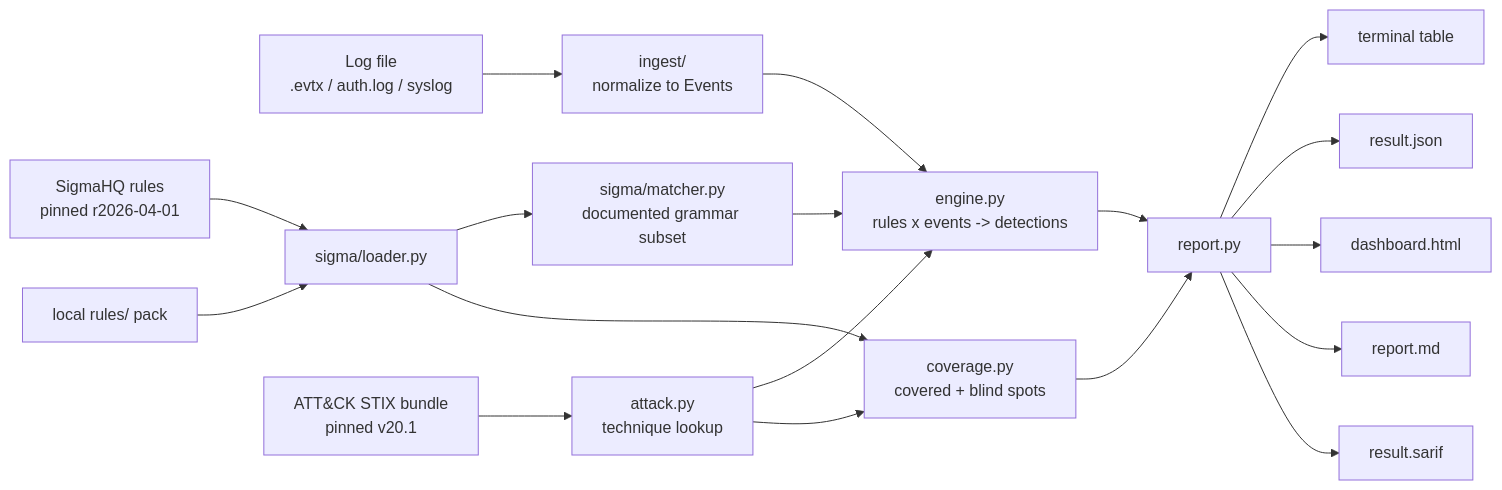
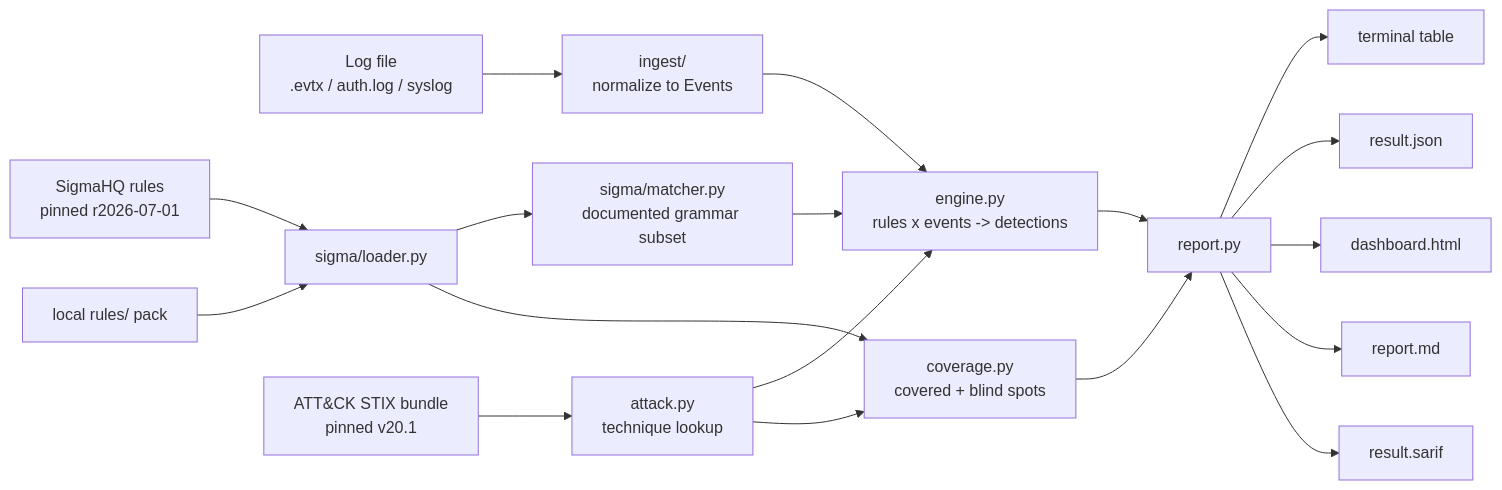
One commit to mthompsen/bastion changed the diagram in README.md. Above: the diagram before and after it, drawn with Mermaid. The commit also changed other lines of this file and 4 other files, not shown here.

````diff
--- a/README.md
+++ b/README.md
@@ -47,20 +47,20 @@
 ```mermaid
 flowchart LR
     LOG[Log file<br/>.evtx / auth.log / syslog] --> ING[ingest/<br/>normalize to Events]
-    SR[SigmaHQ rules<br/>pinned r2026-04-01] --> LD[sigma/loader.py]
+    SR[SigmaHQ rules<br/>pinned r2026-07-01] --> LD[sigma/loader.py]
     LR[local rules/ pack] --> LD
     LD --> MT[sigma/matcher.py<br/>documented grammar subset]
     AT[ATT&CK STIX bundle<br/>pinned v20.1] --> AK[attack.py<br/>technique lookup]
     ING --> EN[engine.py<br/>rules x events -> detections]
     MT --> EN
     AK --> EN
     LD --> CV[coverage.py<br/>covered + blind spots]
     AK --> CV
     EN --> RP[report.py]
     CV --> RP
     RP --> T1[terminal table]
     RP --> T2[result.json]
     RP --> T3[dashboard.html]
     RP --> T4[report.md]
     RP --> T5[result.sarif]
 ```
````
